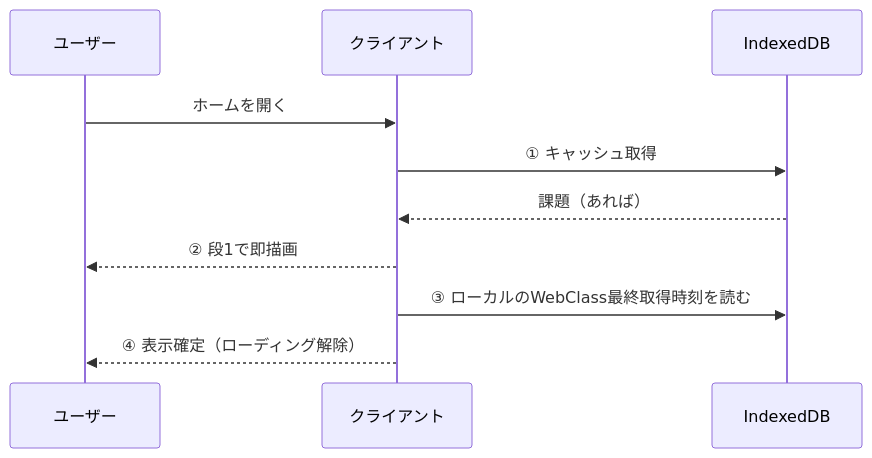
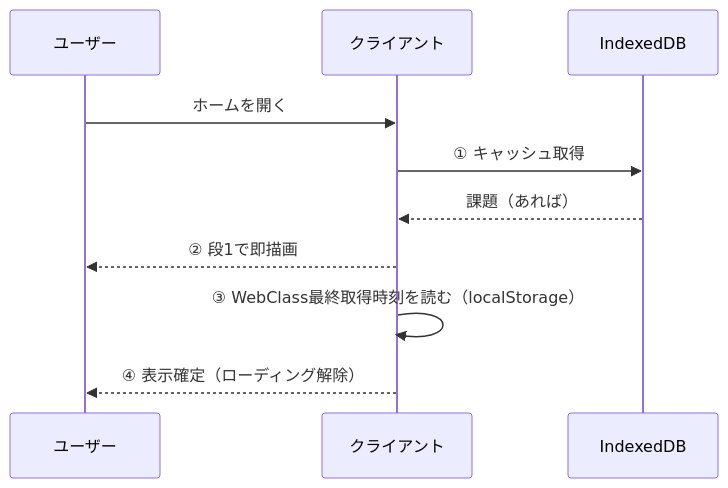
One commit to aaa-cloud-05/class-pilot changed the second of 9 diagrams in docs/data-flow-scenarios.md. Above: the diagram before and after it, drawn with Mermaid. The commit also changed other lines of this file, not shown here.

First line of the commit message:
docs: データフロー図鑑の誤りを修正

````diff
--- a/docs/data-flow-scenarios.md
+++ b/docs/data-flow-scenarios.md
@@ -63,12 +63,12 @@
 ```mermaid
 sequenceDiagram
   participant U as ユーザー
   participant C as クライアント
   participant IDB as IndexedDB
   U->>C: ホームを開く
   C->>IDB: ① キャッシュ取得
   IDB-->>C: 課題（あれば）
   C-->>U: ② 段1で即描画
-  C->>IDB: ③ ローカルのWebClass最終取得時刻を読む
+  C->>C: ③ WebClass最終取得時刻を読む（localStorage）
   C-->>U: ④ 表示確定（ローディング解除）
 ```
````
